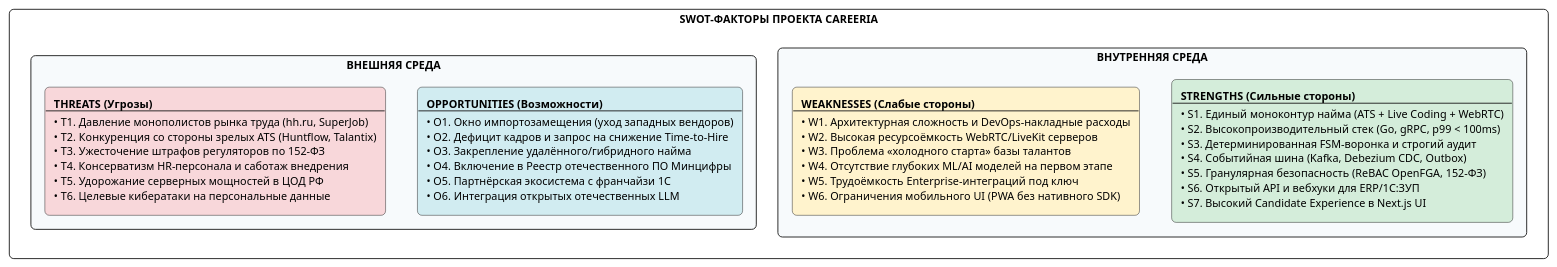
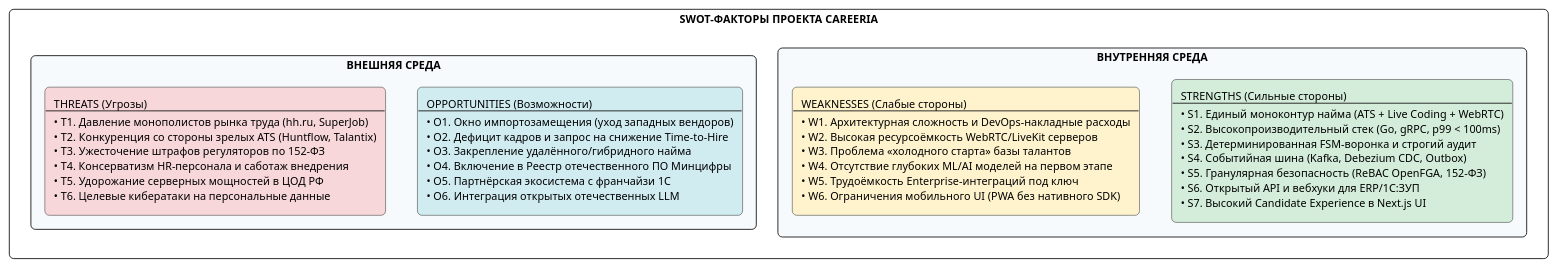
The first of 4 diagrams in docs/project/01-general/03-swot-analysis.md (krackl1n/careeria), drawn with PlantUML before and after one commit. The commit also changed other lines of this file and 2 other files, not shown here.

````diff
--- a/docs/project/01-general/03-swot-analysis.md
+++ b/docs/project/01-general/03-swot-analysis.md
@@ -31,21 +31,21 @@
 ```plantuml
 @startuml
 skinparam rectangle {
   RoundCorner 10
   FontName Arial
   FontSize 12
 }
 
 rectangle "SWOT-ФАКТОРЫ ПРОЕКТА CAREERIA" as SWOTRoot {
   rectangle "ВНУТРЕННЯЯ СРЕДА" as Internal #F7FAFC {
-    rectangle "**STRENGTHS (Сильные стороны)**\n---\n• S1. Единый моноконтур найма (ATS + Live Coding + WebRTC)\n• S2. Высокопроизводительный стек (Go, gRPC, p99 < 100ms)\n• S3. Детерминированная FSM-воронка и строгий аудит\n• S4. Событийная шина (Kafka, Debezium CDC, Outbox)\n• S5. Гранулярная безопасность (ReBAC OpenFGA, 152-ФЗ)\n• S6. Открытый API и вебхуки для ERP/1С:ЗУП\n• S7. Высокий Candidate Experience в Next.js UI" as S #D4EDDA
-    rectangle "**WEAKNESSES (Слабые стороны)**\n---\n• W1. Архитектурная сложность и DevOps-накладные расходы\n• W2. Высокая ресурсоёмкость WebRTC/LiveKit серверов\n• W3. Проблема «холодного старта» базы талантов\n• W4. Отсутствие глубоких ML/AI моделей на первом этапе\n• W5. Трудоёмкость Enterprise-интеграций под ключ\n• W6. Ограничения мобильного UI (PWA без нативного SDK)" as W #FFF3CD
+    rectangle "STRENGTHS (Сильные стороны)\n---\n• S1. Единый моноконтур найма (ATS + Live Coding + WebRTC)\n• S2. Высокопроизводительный стек (Go, gRPC, p99 < 100ms)\n• S3. Детерминированная FSM-воронка и строгий аудит\n• S4. Событийная шина (Kafka, Debezium CDC, Outbox)\n• S5. Гранулярная безопасность (ReBAC OpenFGA, 152-ФЗ)\n• S6. Открытый API и вебхуки для ERP/1С:ЗУП\n• S7. Высокий Candidate Experience в Next.js UI" as S #D4EDDA
+    rectangle "WEAKNESSES (Слабые стороны)\n---\n• W1. Архитектурная сложность и DevOps-накладные расходы\n• W2. Высокая ресурсоёмкость WebRTC/LiveKit серверов\n• W3. Проблема «холодного старта» базы талантов\n• W4. Отсутствие глубоких ML/AI моделей на первом этапе\n• W5. Трудоёмкость Enterprise-интеграций под ключ\n• W6. Ограничения мобильного UI (PWA без нативного SDK)" as W #FFF3CD
   }
 
   rectangle "ВНЕШНЯЯ СРЕДА" as External #F7FAFC {
-    rectangle "**OPPORTUNITIES (Возможности)**\n---\n• O1. Окно импортозамещения (уход западных вендоров)\n• O2. Дефицит кадров и запрос на снижение Time-to-Hire\n• O3. Закрепление удалённого/гибридного найма\n• O4. Включение в Реестр отечественного ПО Минцифры\n• O5. Партнёрская экосистема с франчайзи 1С\n• O6. Интеграция открытых отечественных LLM" as O #D1ECF1
-    rectangle "**THREATS (Угрозы)**\n---\n• T1. Давление монополистов рынка труда (hh.ru, SuperJob)\n• T2. Конкуренция со стороны зрелых ATS (Huntflow, Talantix)\n• T3. Ужесточение штрафов регуляторов по 152-ФЗ\n• T4. Консерватизм HR-персонала и саботаж внедрения\n• T5. Удорожание серверных мощностей в ЦОД РФ\n• T6. Целевые кибератаки на персональные данные" as T #F8D7DA
+    rectangle "OPPORTUNITIES (Возможности)\n---\n• O1. Окно импортозамещения (уход западных вендоров)\n• O2. Дефицит кадров и запрос на снижение Time-to-Hire\n• O3. Закрепление удалённого/гибридного найма\n• O4. Включение в Реестр отечественного ПО Минцифры\n• O5. Партнёрская экосистема с франчайзи 1С\n• O6. Интеграция открытых отечественных LLM" as O #D1ECF1
+    rectangle "THREATS (Угрозы)\n---\n• T1. Давление монополистов рынка труда (hh.ru, SuperJob)\n• T2. Конкуренция со стороны зрелых ATS (Huntflow, Talantix)\n• T3. Ужесточение штрафов регуляторов по 152-ФЗ\n• T4. Консерватизм HR-персонала и саботаж внедрения\n• T5. Удорожание серверных мощностей в ЦОД РФ\n• T6. Целевые кибератаки на персональные данные" as T #F8D7DA
   }
 }
 @enduml
 ```
````
